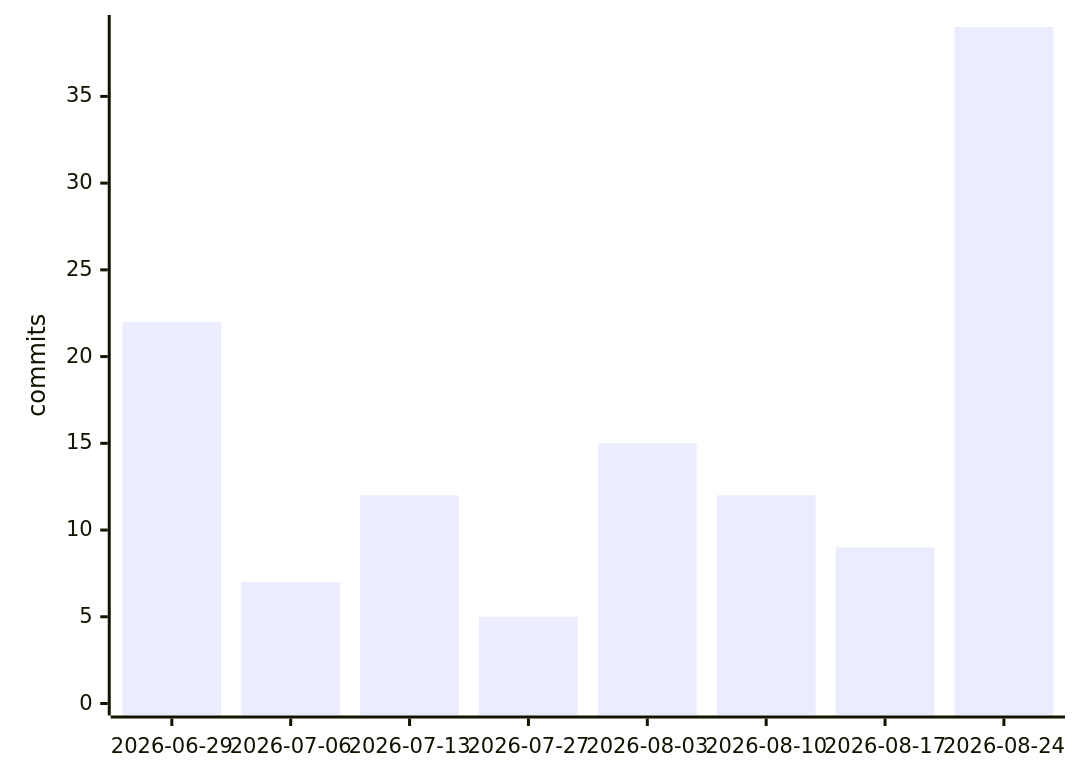
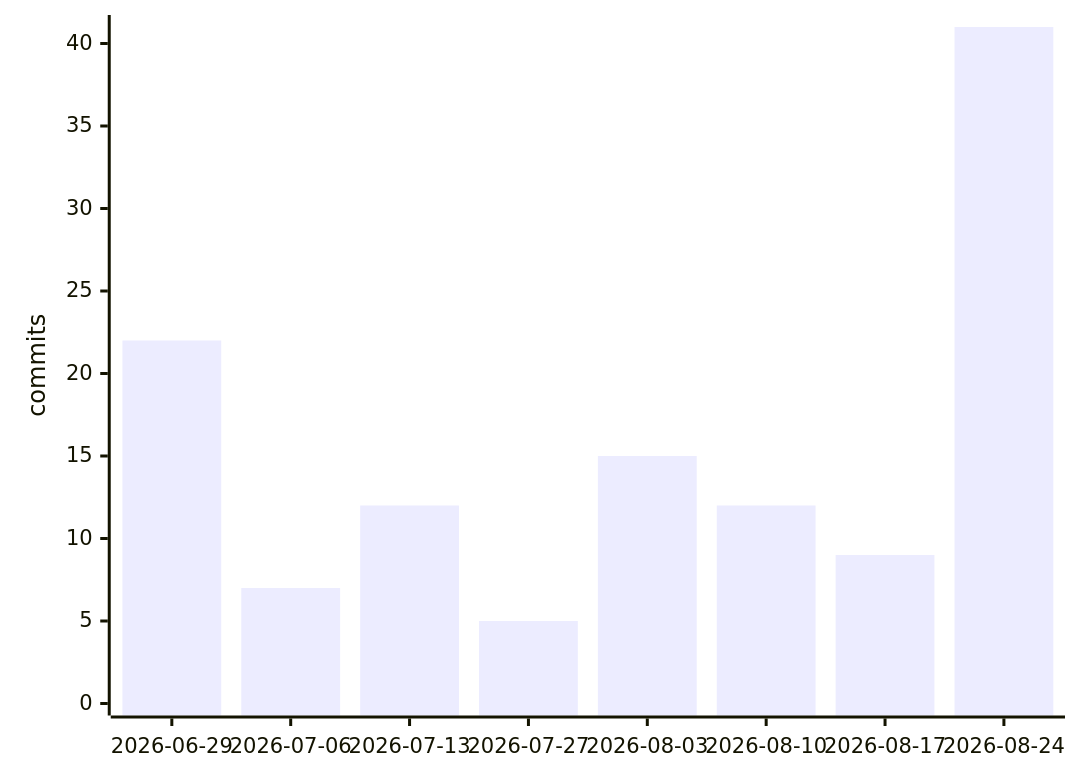
Before and after one commit to Manashjyoti-Bora/Manashjyoti-Bora: the first of 3 diagrams in README.md, drawn with Mermaid. The commit also changed other lines of this file and 5 other files, not shown here.

````diff
--- a/README.md
+++ b/README.md
@@ -163,6 +163,6 @@
 ```mermaid
 xychart-beta
     x-axis ["2026-06-29", "2026-07-06", "2026-07-13", "2026-07-27", "2026-08-03", "2026-08-10", "2026-08-17", "2026-08-24"]
-    y-axis "commits" 0 --> 39
-    bar [22, 7, 12, 5, 15, 12, 9, 39]
+    y-axis "commits" 0 --> 41
+    bar [22, 7, 12, 5, 15, 12, 9, 41]
 ```
````
